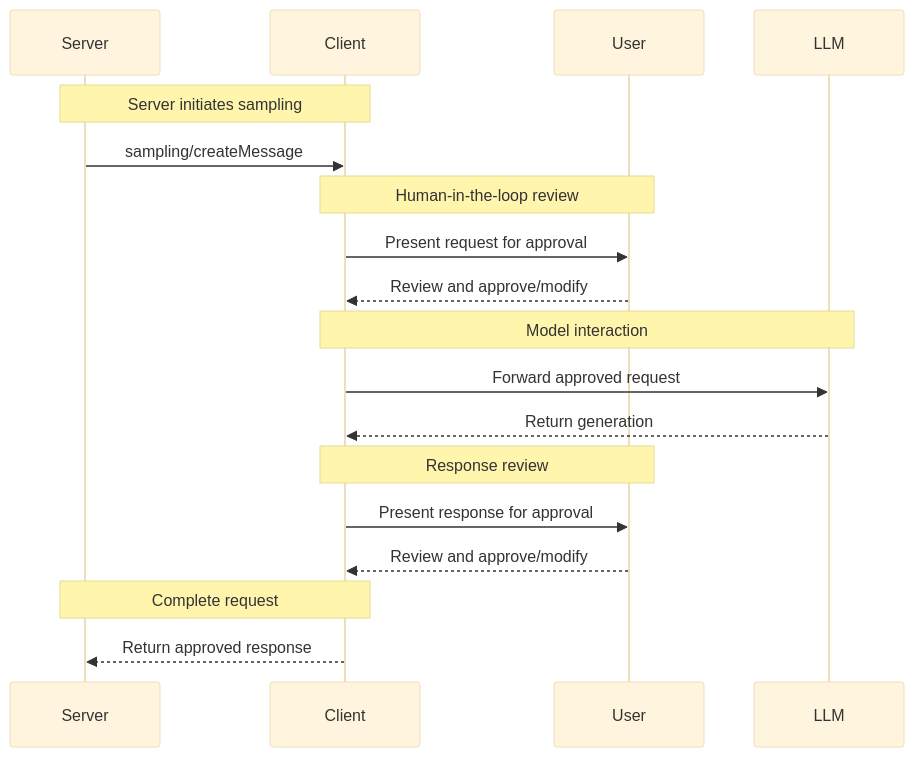
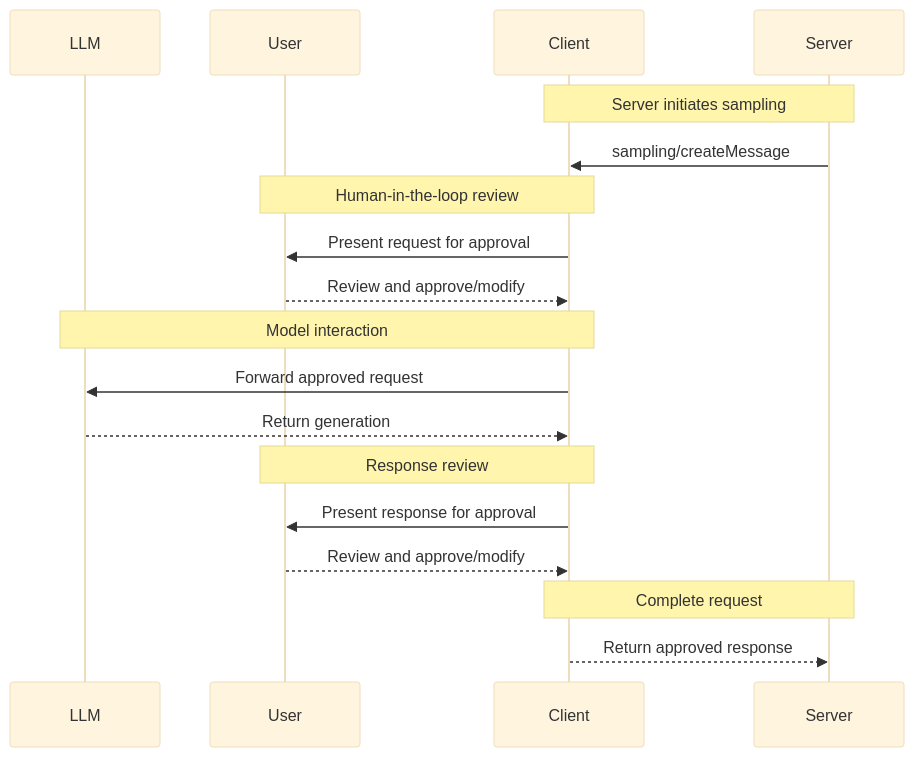
One commit to modelcontextprotocol/specification changed the first of 2 diagrams in docs/docs/learn/client-concepts.mdx. Above: the diagram before and after it, drawn with Mermaid (base theme). The commit also changed other lines of this file, not shown here.

````diff
--- a/docs/docs/learn/client-concepts.mdx
+++ b/docs/docs/learn/client-concepts.mdx
@@ -24,25 +25,25 @@
 ```mermaid
 sequenceDiagram
+    participant LLM
+    participant User
+    participant Client
     participant Server
-    participant Client
-    participant User
-    participant LLM
 
     Note over Server,Client: Server initiates sampling
     Server->>Client: sampling/createMessage
 
     Note over Client,User: Human-in-the-loop review
     Client->>User: Present request for approval
     User-->>Client: Review and approve/modify
 
     Note over Client,LLM: Model interaction
     Client->>LLM: Forward approved request
     LLM-->>Client: Return generation
 
     Note over Client,User: Response review
     Client->>User: Present response for approval
     User-->>Client: Review and approve/modify
 
     Note over Server,Client: Complete request
     Client-->>Server: Return approved response
 ```
````
